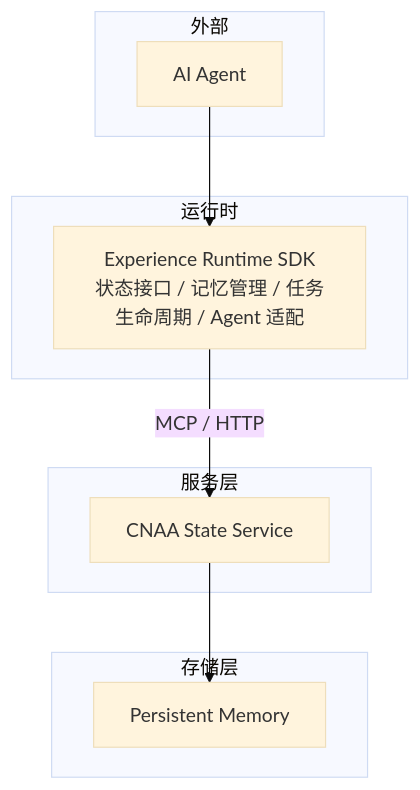
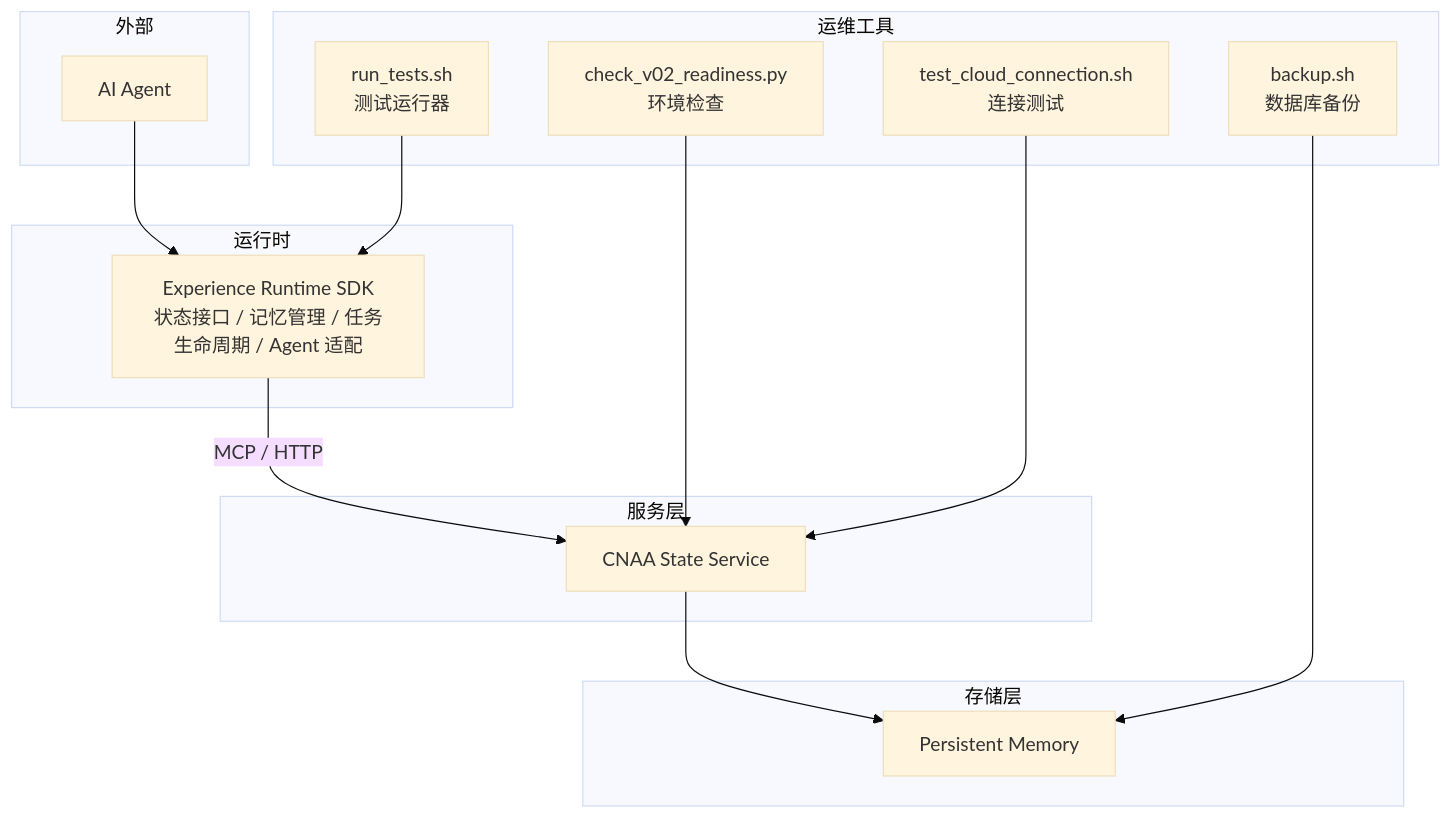
One commit to lgx236/CNAA-Cloud-Native-Agent-Architecture- changed the second of 4 diagrams in .qoder/repowiki/zh/content/集成指南/部署指南.md. Above: the diagram before and after it, drawn with Mermaid (base theme). The commit also changed other lines of this file and 80 other files, not shown here.

````diff
--- a/.qoder/repowiki/zh/content/集成指南/部署指南.md
+++ b/.qoder/repowiki/zh/content/集成指南/部署指南.md
@@ -58,18 +83,28 @@
 ```mermaid
 graph TB
 subgraph "外部"
 Agent["AI Agent"]
 end
 subgraph "运行时"
 SDK["Experience Runtime SDK<br/>状态接口 / 记忆管理 / 任务生命周期 / Agent 适配"]
 end
 subgraph "服务层"
 StateSvc["CNAA State Service"]
 end
 subgraph "存储层"
 Mem["Persistent Memory"]
 end
+subgraph "运维工具"
+Backup["backup.sh<br/>数据库备份"]
+Check["check_v02_readiness.py<br/>环境检查"]
+TestConn["test_cloud_connection.sh<br/>连接测试"]
+RunTests["run_tests.sh<br/>测试运行器"]
+end
 Agent --> SDK
 SDK --> |MCP / HTTP| StateSvc
 StateSvc --> Mem
+Backup --> Mem
+Check --> StateSvc
+TestConn --> StateSvc
+RunTests --> SDK
 ```
````
